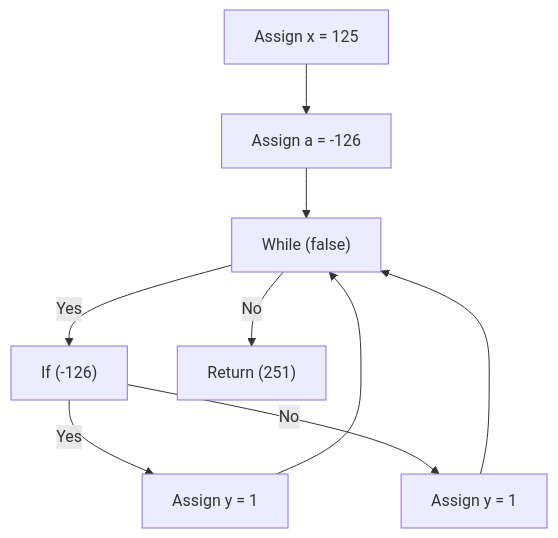
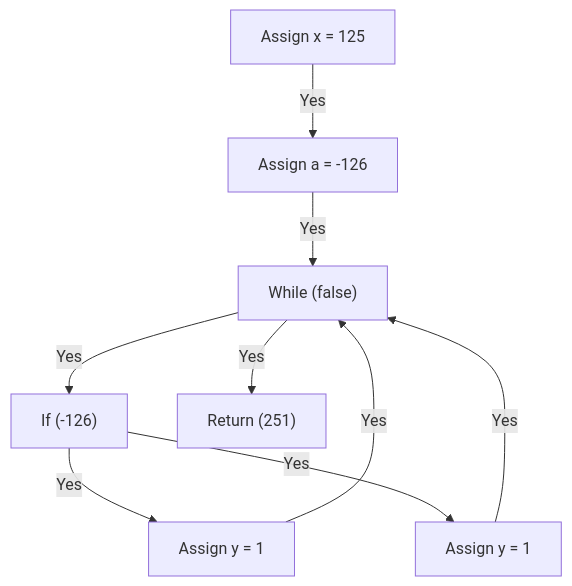
Before and after one commit to dajbodan/KotlinStaticAnalysisExample: the diagram in example_optimized.mmd, drawn with Mermaid. The commit also changed 24 other files, not shown here.

```diff
--- a/example_optimized.mmd
+++ b/example_optimized.mmd
@@ -1,16 +1,16 @@
 graph TD
 N0["Assign x = 125 "]
 N1["Assign a = -126 "]
 N2["While (false) "]
 N3["If (-126) "]
 N4["Assign y = 1 "]
 N5["Assign y = 1 "]
 N6["Return (251) "]
-    N0 --> N1
-    N1 --> N2
+    N0 -->|Yes| N1
+    N1 -->|Yes| N2
     N2 -->|Yes| N3
     N3 -->|Yes| N4
-    N4 --> N2
-    N3 -->|No| N5
-    N5 --> N2
-    N2 -->|No| N6
+    N4 -->|Yes| N2
+    N3 -->|Yes| N5
+    N5 -->|Yes| N2
+    N2 -->|Yes| N6
```
